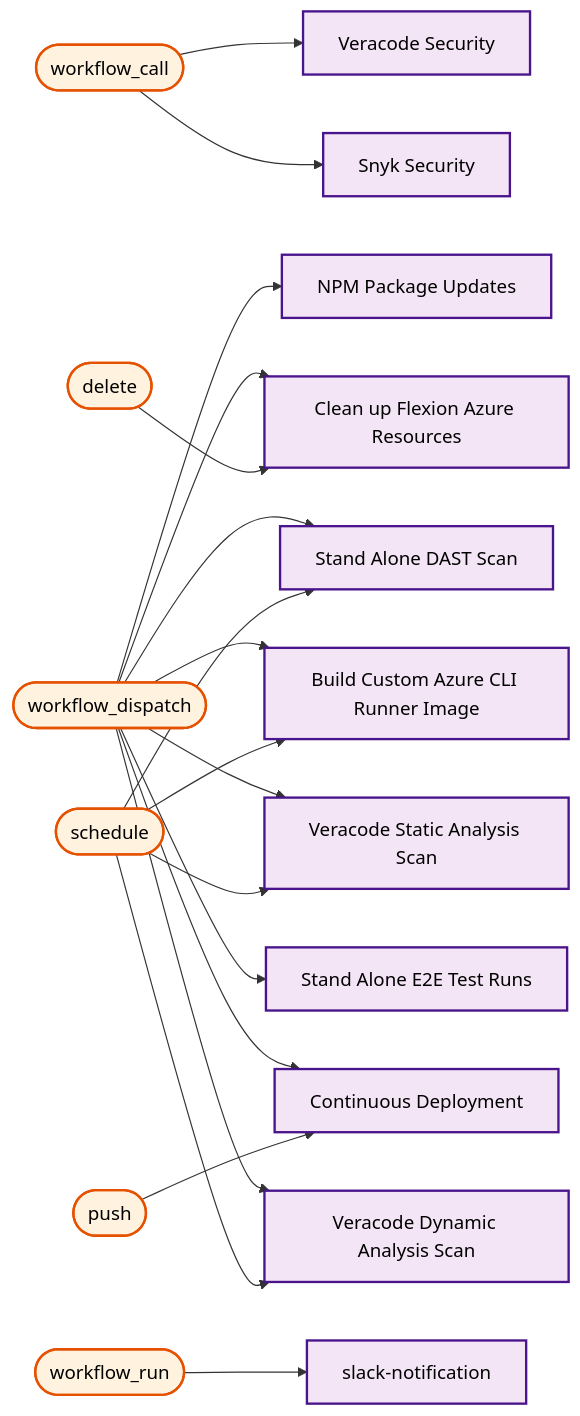
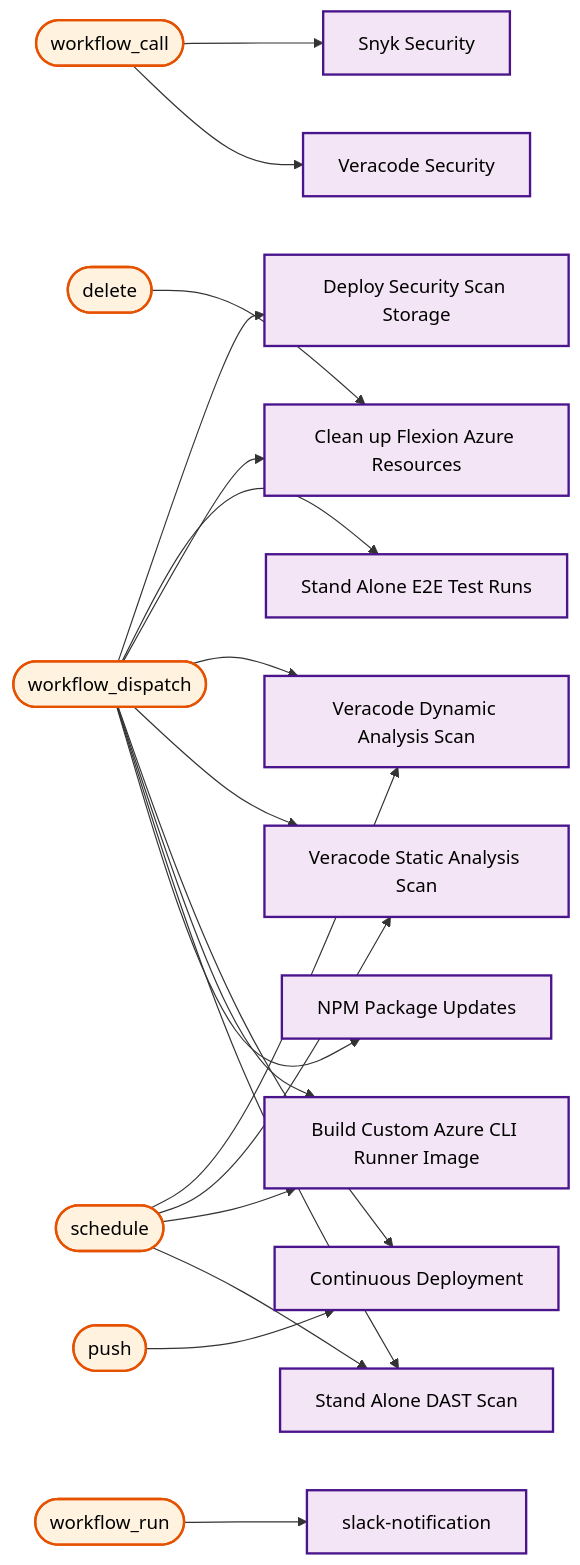
One commit to US-Trustee-Program/Bankruptcy-Oversight-Support-Systems changed diagram 23 of 23 in docs/operations/workflow-diagram.md. Above: the diagram before and after it, drawn with Mermaid. The commit also changed other lines of this file and 2 other files, not shown here.

First line of the commit message:
Extract storage deploy to standalone workflow

````diff
--- a/docs/operations/workflow-diagram.md
+++ b/docs/operations/workflow-diagram.md
@@ -1305,65 +1319,68 @@
 ```mermaid
 flowchart LR
     trigger_workflow_call(["workflow_call"])
     sub_snyk_security_scan_yml["Snyk Security"]
     sub_security_scan_yml["Veracode Security"]
     trigger_workflow_dispatch(["workflow_dispatch"])
+    deploy_security_scan_storage_yml["Deploy Security Scan Storage"]
     e2e_test_yml["Stand Alone E2E Test Runs"]
     azure_remove_branch_yml["Clean up Flexion Azure Resources"]
     veracode_dast_scan_yml["Veracode Dynamic Analysis Scan"]
     veracode_sast_upload_yml["Veracode Static Analysis Scan"]
     continuous_deployment_yml["Continuous Deployment"]
     build_azure_cli_image_yml["Build Custom Azure CLI Runner Image"]
     dast_scan_yml["Stand Alone DAST Scan"]
     update_dependencies_yml["NPM Package Updates"]
     trigger_delete(["delete"])
     azure_remove_branch_yml["Clean up Flexion Azure Resources"]
     trigger_schedule(["schedule"])
     veracode_dast_scan_yml["Veracode Dynamic Analysis Scan"]
     veracode_sast_upload_yml["Veracode Static Analysis Scan"]
     build_azure_cli_image_yml["Build Custom Azure CLI Runner Image"]
     dast_scan_yml["Stand Alone DAST Scan"]
     trigger_push(["push"])
     continuous_deployment_yml["Continuous Deployment"]
     trigger_workflow_run(["workflow_run"])
     slack_notification_yml["slack-notification"]
 
     trigger_workflow_call --> sub_snyk_security_scan_yml
     trigger_workflow_call --> sub_security_scan_yml
+    trigger_workflow_dispatch --> deploy_security_scan_storage_yml
     trigger_workflow_dispatch --> e2e_test_yml
     trigger_workflow_dispatch --> azure_remove_branch_yml
     trigger_workflow_dispatch --> veracode_dast_scan_yml
     trigger_workflow_dispatch --> veracode_sast_upload_yml
     trigger_workflow_dispatch --> continuous_deployment_yml
     trigger_workflow_dispatch --> build_azure_cli_image_yml
     trigger_workflow_dispatch --> dast_scan_yml
     trigger_workflow_dispatch --> update_dependencies_yml
     trigger_delete --> azure_remove_branch_yml
     trigger_schedule --> veracode_dast_scan_yml
     trigger_schedule --> veracode_sast_upload_yml
     trigger_schedule --> build_azure_cli_image_yml
     trigger_schedule --> dast_scan_yml
     trigger_push --> continuous_deployment_yml
     trigger_workflow_run --> slack_notification_yml
 
     classDef mainWorkflow fill:#f3e5f5,stroke:#4a148c,stroke-width:2px,color:#000000
     classDef trigger fill:#fff3e0,stroke:#e65100,stroke-width:2px,color:#000000
 
     class trigger_workflow_call trigger
     class trigger_workflow_dispatch trigger
     class trigger_delete trigger
     class trigger_schedule trigger
     class trigger_push trigger
     class trigger_workflow_run trigger
     class sub_snyk_security_scan_yml mainWorkflow
     class sub_security_scan_yml mainWorkflow
+    class deploy_security_scan_storage_yml mainWorkflow
     class e2e_test_yml mainWorkflow
     class azure_remove_branch_yml mainWorkflow
     class veracode_dast_scan_yml mainWorkflow
     class veracode_sast_upload_yml mainWorkflow
     class continuous_deployment_yml mainWorkflow
     class build_azure_cli_image_yml mainWorkflow
     class dast_scan_yml mainWorkflow
     class update_dependencies_yml mainWorkflow
     class slack_notification_yml mainWorkflow
 ```
````
